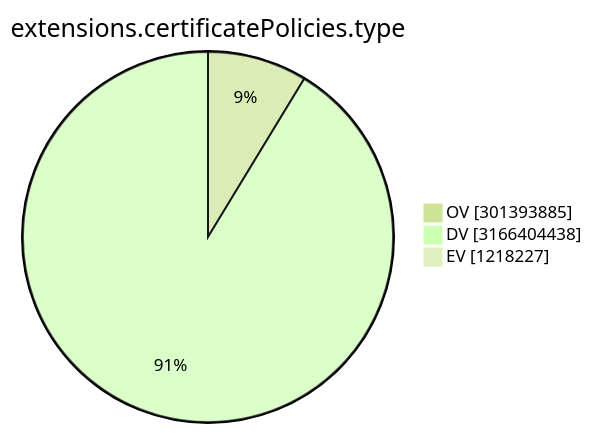
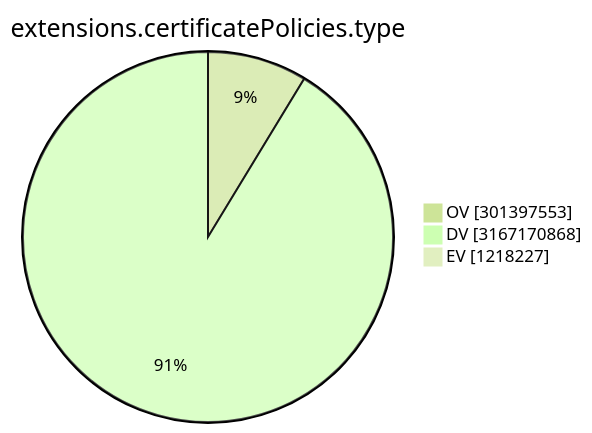
Before and after one commit to christiankrug/ctmonitor_visualization: the ninth of 15 diagrams in TOTAL/README.md, drawn with Mermaid (forest theme). The commit also changed other lines of this file, not shown here.

````diff
--- a/TOTAL/README.md
+++ b/TOTAL/README.md
@@ -3105,7 +3105,7 @@
 ```mermaid
 pie showData
 title extensions.certificatePolicies.type
-"OV" :301393885
-"DV" :3166404438
+"OV" :301397553
+"DV" :3167170868
 "EV" :1218227
 ```
````
